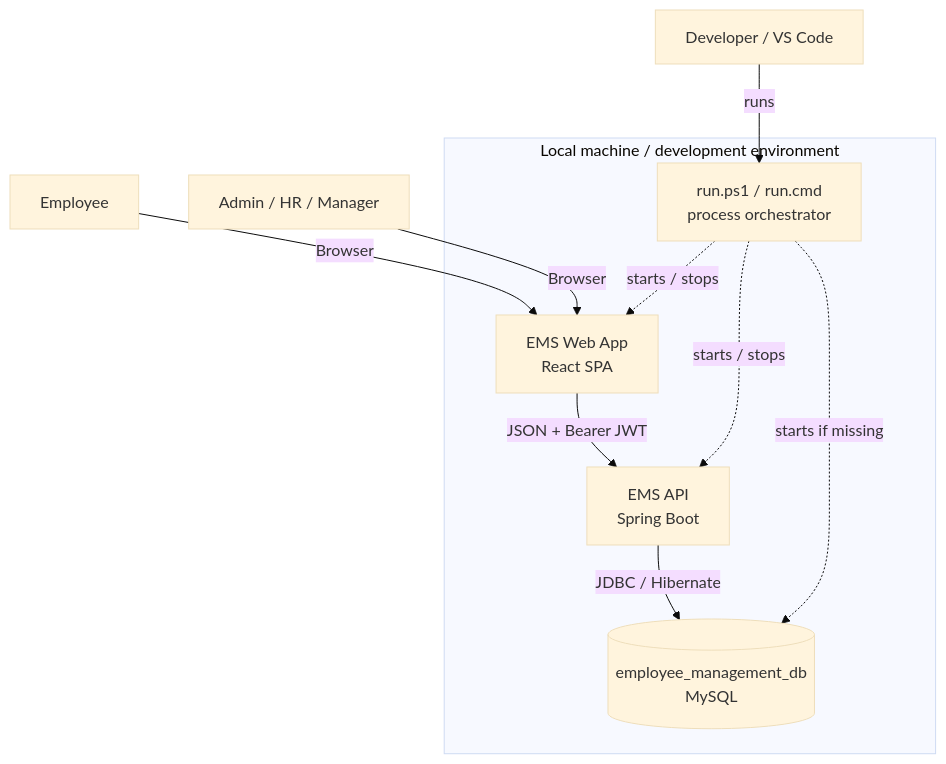
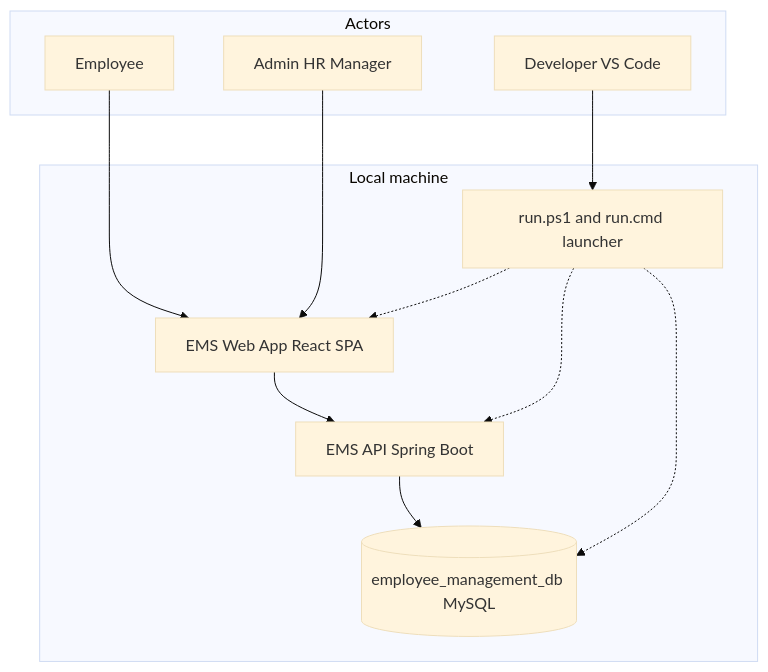
Before and after one commit to Lalmohan04/employee-management-system: the first of 10 diagrams in docs/ARCHITECTURE.md, drawn with Mermaid (base theme). The commit also changed other lines of this file, not shown here.

First line of the commit message:
docs: fix Mermaid diagrams for GitHub rendering

````diff
--- a/docs/ARCHITECTURE.md
+++ b/docs/ARCHITECTURE.md
@@ -38,20 +38,24 @@
 ```mermaid
-flowchart TB
-    EMP["Employee"] -->|Browser| SPA
-    ADM["Admin / HR / Manager"] -->|Browser| SPA
-
-    subgraph LocalMachine["Local machine / development environment"]
-        SPA["EMS Web App<br/>React SPA"]
-        API["EMS API<br/>Spring Boot"]
-        DB[("employee_management_db<br/>MySQL")]
-        RUN["run.ps1 / run.cmd<br/>process orchestrator"]
-
-        SPA -->|JSON + Bearer JWT| API
-        API -->|JDBC / Hibernate| DB
-        RUN -.->|starts / stops| SPA
-        RUN -.->|starts / stops| API
-        RUN -.->|starts if missing| DB
+graph TB
+    subgraph Actors
+        EMP[Employee]
+        ADM[Admin HR Manager]
+        DEV[Developer VS Code]
     end
 
-    DEV["Developer / VS Code"] -->|runs| RUN
+    subgraph LocalMachine[Local machine]
+        SPA[EMS Web App React SPA]
+        API[EMS API Spring Boot]
+        DB[(employee_management_db MySQL)]
+        RUN[run.ps1 and run.cmd launcher]
+    end
+
+    EMP --> SPA
+    ADM --> SPA
+    DEV --> RUN
+    SPA --> API
+    API --> DB
+    RUN -.-> SPA
+    RUN -.-> API
+    RUN -.-> DB
 ```
````
